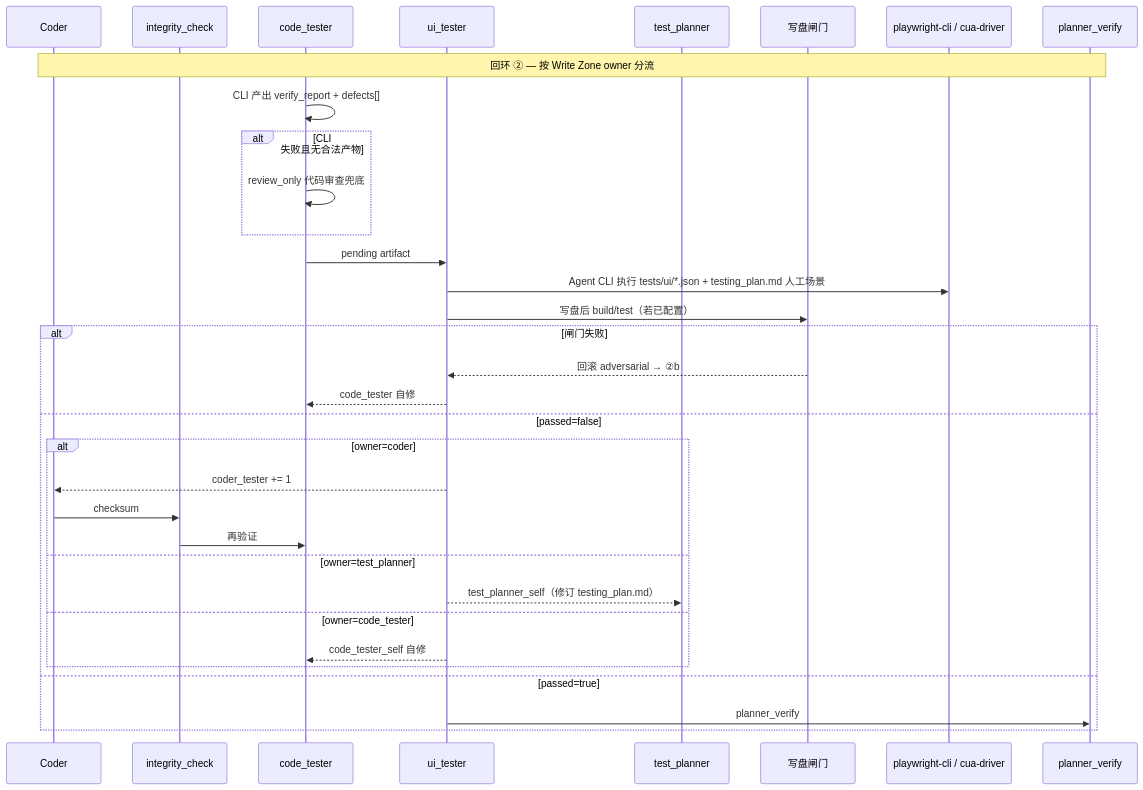
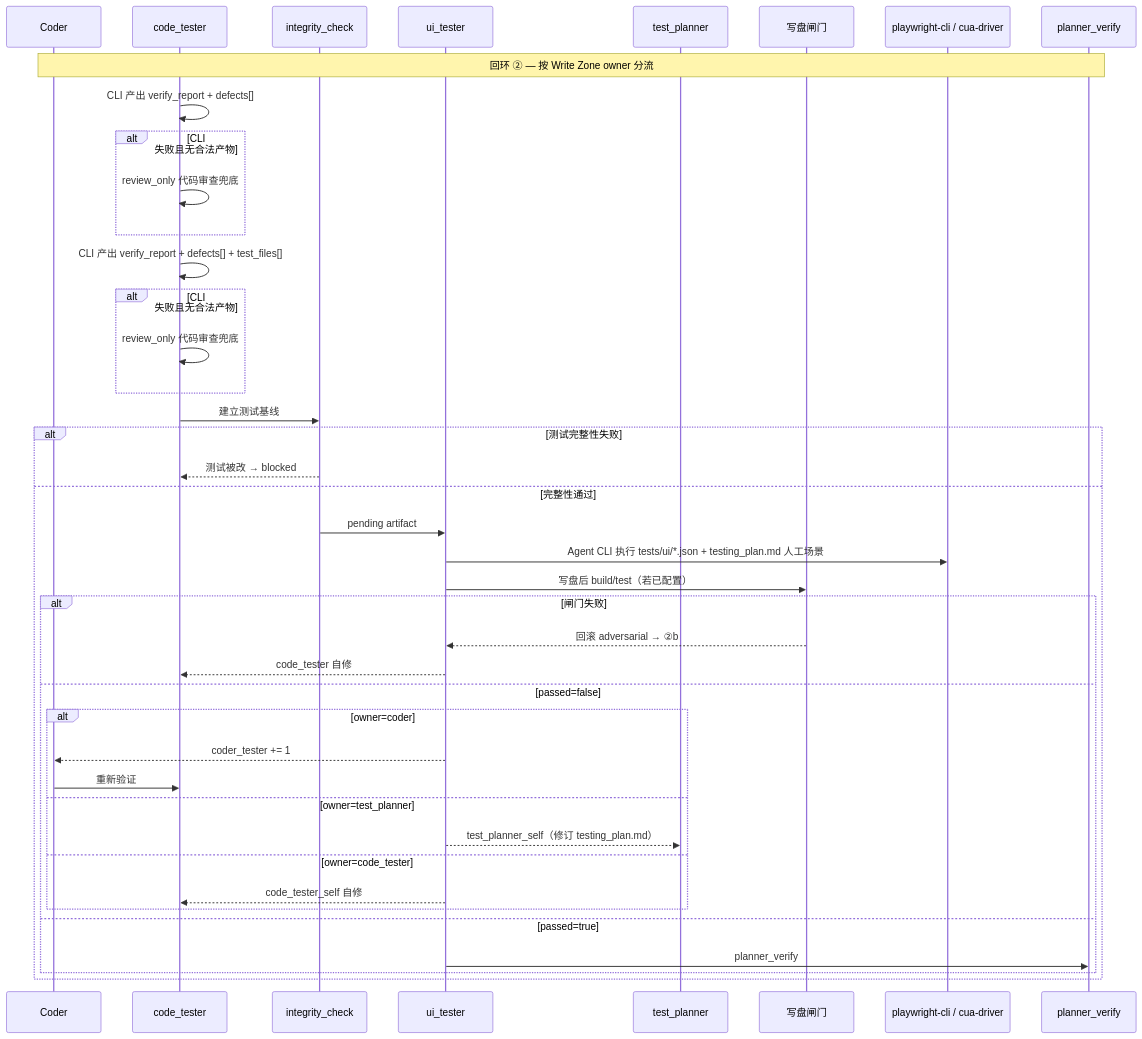
One commit to ai-poet/spec-forge changed the third of 4 diagrams in README.md. Above: the diagram before and after it, drawn with Mermaid. The commit also changed other lines of this file and 1 other file, not shown here.

Commit message:
docs: update README and pipeline steps for testing clarity
- Revised the README to clarify the testing workflow, specifying the roles of the Test Planner, Code Tester, and UI Tester in writing and executing tests based on the testing plan.
- Updated hints in `pipelineSteps.ts` to reflect changes in the testing process, including the establishment of a testing baseline and the responsibilities of each role in the pipeline.
- Enhanced descriptions to improve user understanding of the testing phases and their integration within the overall workflow.

````diff
--- a/README.md
+++ b/README.md
@@ -343,36 +343,44 @@
 ```mermaid
 sequenceDiagram
   participant Coder
+  participant CodeTester as code_tester
   participant Integrity as integrity_check
-  participant CodeTester as code_tester
   participant UiTester as ui_tester
   participant TestPlanner as test_planner
   participant Gate as 写盘闸门
   participant UI as playwright-cli / cua-driver
   participant Verify as planner_verify
 
   Note over Coder,Verify: 回环 ② — 按 Write Zone owner 分流
   CodeTester->>CodeTester: CLI 产出 verify_report + defects[]
   alt CLI 失败且无合法产物
     CodeTester->>CodeTester: review_only 代码审查兜底
   end
-  CodeTester->>UiTester: pending artifact
-  UiTester->>UI: Agent CLI 执行 tests/ui/*.json + testing_plan.md 人工场景
-  UiTester->>Gate: 写盘后 build/test（若已配置）
-  alt 闸门失败
-    Gate-->>UiTester: 回滚 adversarial → ②b
-    UiTester-->>CodeTester: code_tester 自修
-  else passed=false
-    alt owner=coder
-      UiTester-->>Coder: coder_tester += 1
-      Coder->>Integrity: checksum
-      Integrity->>CodeTester: 再验证
-    else owner=test_planner
-      UiTester-->>TestPlanner: test_planner_self（修订 testing_plan.md）
-    else owner=code_tester
-      UiTester-->>CodeTester: code_tester_self 自修
+  CodeTester->>CodeTester: CLI 产出 verify_report + defects[] + test_files[]
+  alt CLI 失败且无合法产物
+    CodeTester->>CodeTester: review_only 代码审查兜底
+  end
+  CodeTester->>Integrity: 建立测试基线
+  alt 测试完整性失败
+    Integrity-->>CodeTester: 测试被改 → blocked
+  else 完整性通过
+    Integrity->>UiTester: pending artifact
+    UiTester->>UI: Agent CLI 执行 tests/ui/*.json + testing_plan.md 人工场景
+    UiTester->>Gate: 写盘后 build/test（若已配置）
+    alt 闸门失败
+      Gate-->>UiTester: 回滚 adversarial → ②b
+      UiTester-->>CodeTester: code_tester 自修
+    else passed=false
+      alt owner=coder
+        UiTester-->>Coder: coder_tester += 1
+        Coder->>CodeTester: 重新验证
+      else owner=test_planner
+        UiTester-->>TestPlanner: test_planner_self（修订 testing_plan.md）
+      else owner=code_tester
+        UiTester-->>CodeTester: code_tester_self 自修
+      end
+    else passed=true
+      UiTester->>Verify: planner_verify
     end
-  else passed=true
-    UiTester->>Verify: planner_verify
   end
 ```
````
